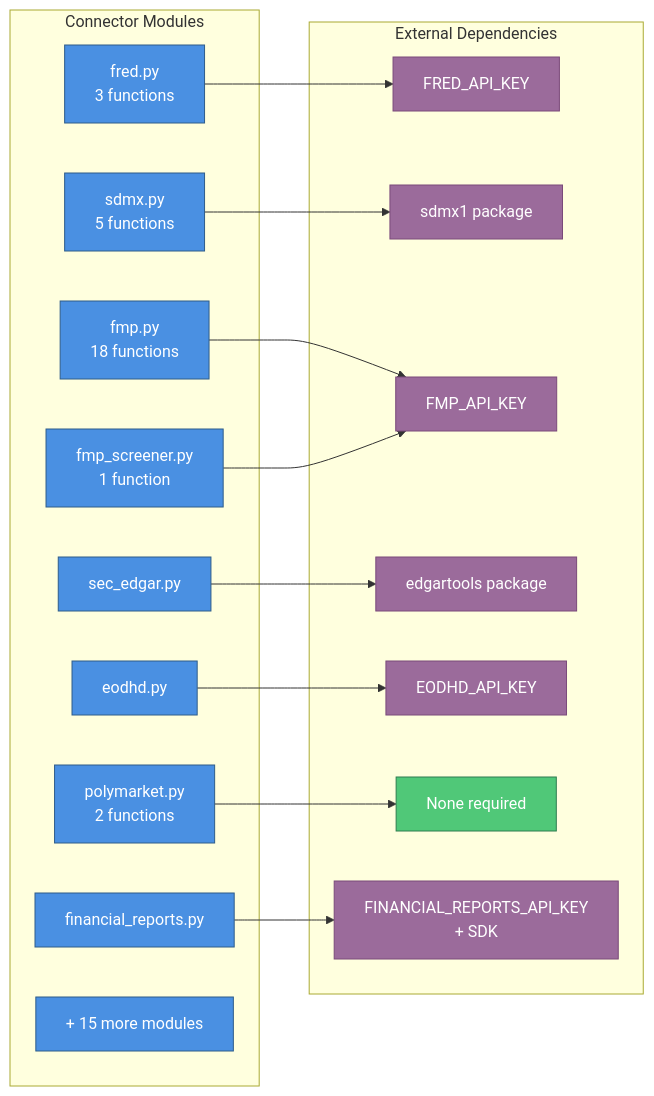
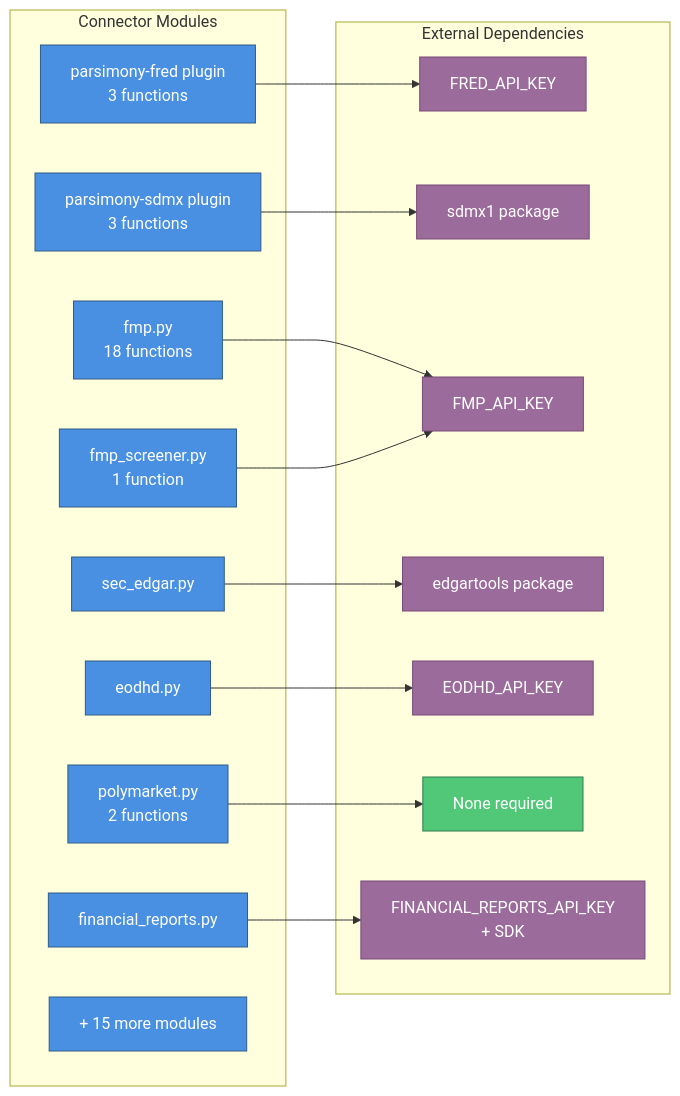
The diagram in docs/api-reference.md (ockham-sh/parsimony), drawn with Mermaid before and after one commit. The commit also changed other lines of this file and 102 other files, not shown here.

````diff
--- a/docs/api-reference.md
+++ b/docs/api-reference.md
@@ -619,38 +618,38 @@
 ```mermaid
 graph LR
     classDef module fill:#4A90E2,stroke:#2E5C8A,color:#fff
     classDef count fill:#6C8EBF,stroke:#4A6A9F,color:#fff
     classDef dep fill:#9B6B9B,stroke:#7A4A7A,color:#fff
     classDef nodep fill:#50C878,stroke:#2E7D50,color:#fff
 
     subgraph Modules["Connector Modules"]
-        FRED["fred.py\n3 functions"]:::module
-        SDMX["sdmx.py\n5 functions"]:::module
+        FRED["parsimony-fred plugin\n3 functions"]:::module
+        SDMX["parsimony-sdmx plugin\n3 functions"]:::module
         FMP["fmp.py\n18 functions"]:::module
         FMPS["fmp_screener.py\n1 function"]:::module
         SEC["sec_edgar.py"]:::module
         EOD["eodhd.py"]:::module
         POLY["polymarket.py\n2 functions"]:::module
         FIN["financial_reports.py"]:::module
         MORE["+ 15 more modules"]:::module
     end
 
     subgraph Deps["External Dependencies"]
         D1["FRED_API_KEY"]:::dep
         D2["sdmx1 package"]:::dep
         D3["FMP_API_KEY"]:::dep
         D4["edgartools package"]:::dep
         D5["EODHD_API_KEY"]:::dep
         D7["None required"]:::nodep
         D8["FINANCIAL_REPORTS_API_KEY\n+ SDK"]:::dep
     end
 
     FRED --> D1
     SDMX --> D2
     FMP --> D3
     FMPS --> D3
     SEC --> D4
     EOD --> D5
     POLY --> D7
     FIN --> D8
 ```
````
